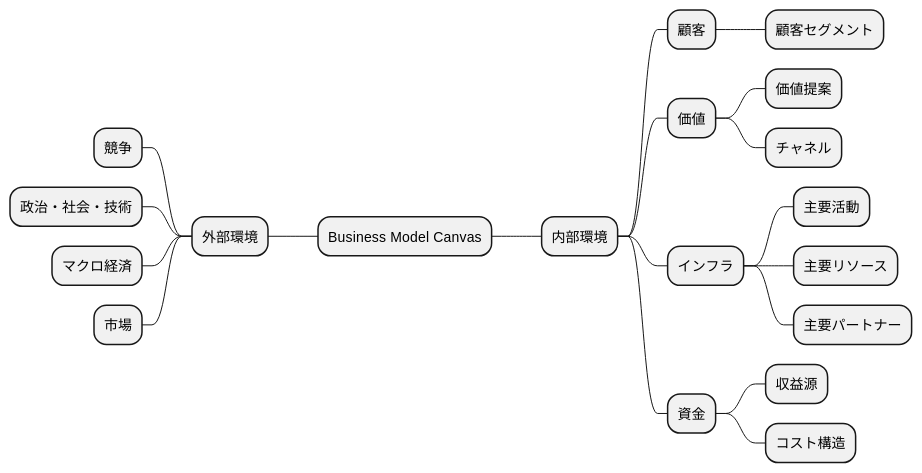
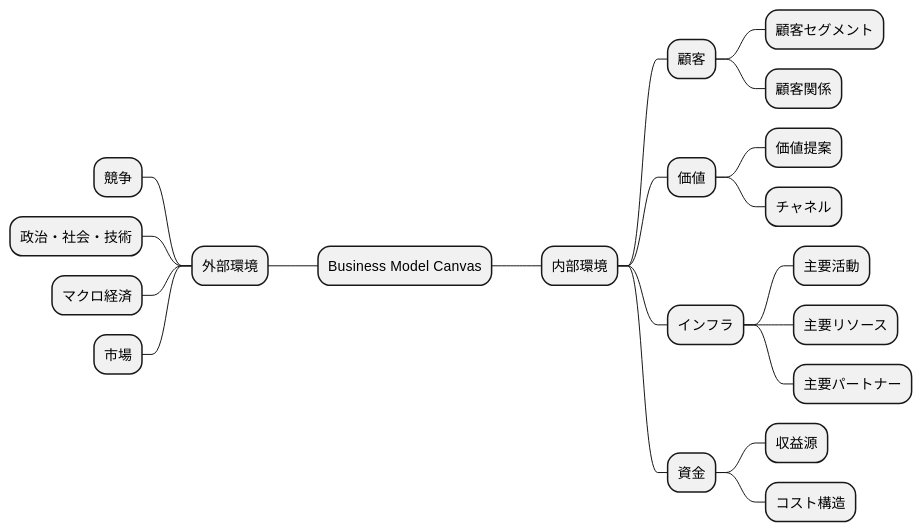
The second of 16 diagrams in docs/case/r0X_case_X.adoc (k2works/case-sutudy-business-analysis), drawn with PlantUML before and after one commit. The commit also changed 1 other file, not shown here.

Commit message:
docs:ビジネスアーキテクチャ

```diff
--- a/docs/case/r0X_case_X.adoc
+++ b/docs/case/r0X_case_X.adoc
@@ -35,27 +35,28 @@
 [plantuml]
 ----
 @startmindmap
 
 * Business Model Canvas
 ** 内部環境
 *** 顧客
 **** 顧客セグメント
+**** 顧客関係
 *** 価値
 **** 価値提案
 **** チャネル
 *** インフラ
 **** 主要活動
 **** 主要リソース
 **** 主要パートナー
 *** 資金
 **** 収益源
 **** コスト構造
 left side
 ** 外部環境
 *** 競争
 *** 政治・社会・技術
 *** マクロ経済
 *** 市場
 
 @endmindmap
 ----
```
